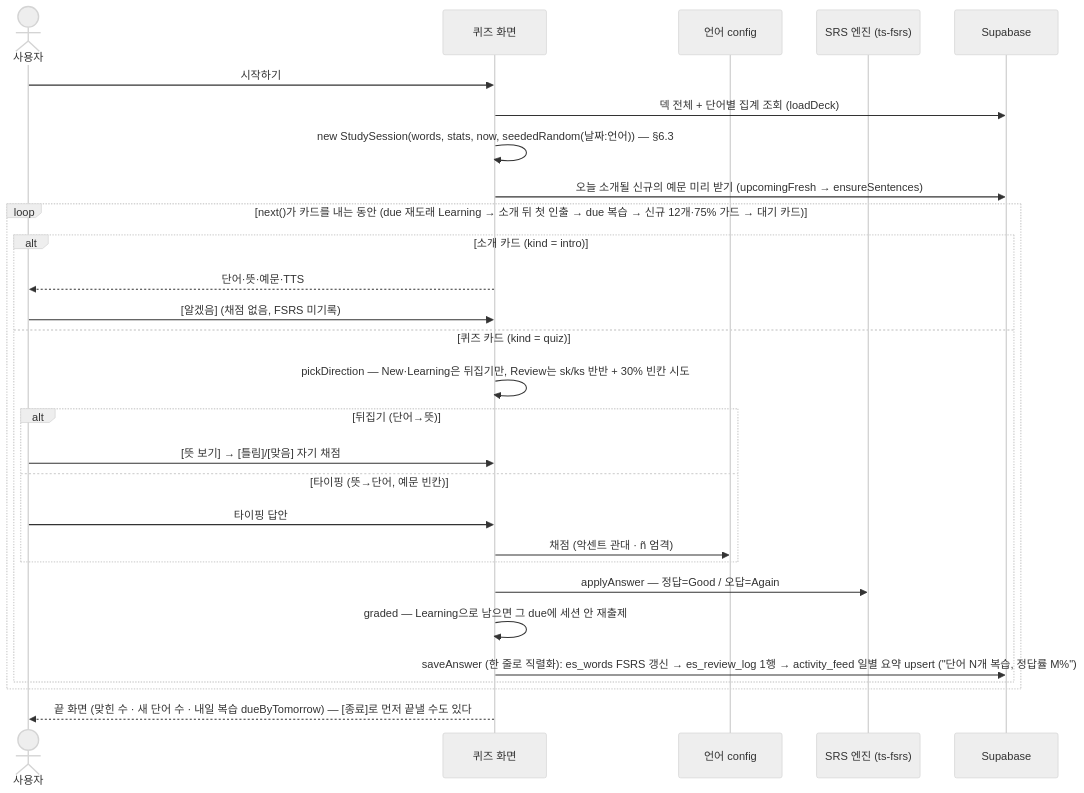
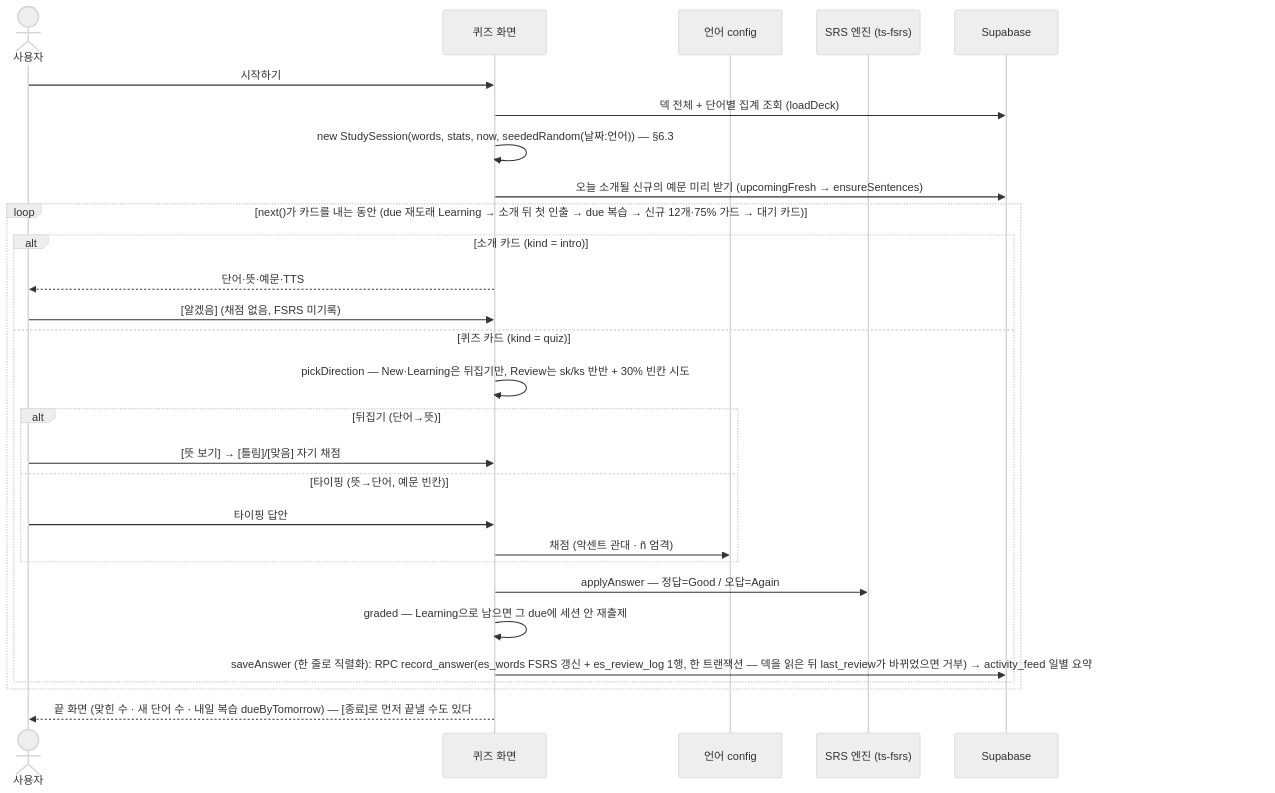
One commit to LeeSongHeon-LSH/LSHobby changed the third of 7 diagrams in docs/14-flows.md. Above: the diagram before and after it, drawn with Mermaid (neutral theme). The commit also changed 40 other files, not shown here.

````diff
--- a/docs/14-flows.md
+++ b/docs/14-flows.md
@@ -45,31 +45,31 @@
 ```mermaid
 sequenceDiagram
     actor U as 사용자
     participant Q as 퀴즈 화면
     participant C as 언어 config
     participant E as SRS 엔진 (ts-fsrs)
     participant DB as Supabase
 
     U->>Q: 시작하기
     Q->>DB: 덱 전체 + 단어별 집계 조회 (loadDeck)
     Q->>Q: new StudySession(words, stats, now, seededRandom(날짜:언어)) — §6.3 #99
     Q->>DB: 오늘 소개될 신규의 예문 미리 받기 (upcomingFresh → ensureSentences)
     loop next()가 카드를 내는 동안 (due 재도래 Learning → 소개 뒤 첫 인출 → due 복습 → 신규 12개·75% 가드 → 대기 카드)
         alt 소개 카드 (kind = intro)
             Q-->>U: 단어·뜻·예문·TTS
             U->>Q: [알겠음] (채점 없음, FSRS 미기록)
         else 퀴즈 카드 (kind = quiz)
             Q->>Q: pickDirection — New·Learning은 뒤집기만, Review는 sk/ks 반반 + 30% 빈칸 시도
             alt 뒤집기 (단어→뜻)
                 U->>Q: [뜻 보기] → [틀림]/[맞음] 자기 채점
             else 타이핑 (뜻→단어, 예문 빈칸)
                 U->>Q: 타이핑 답안
                 Q->>C: 채점 (악센트 관대 · ñ 엄격)
             end
             Q->>E: applyAnswer — 정답=Good / 오답=Again
             Q->>Q: graded — Learning으로 남으면 그 due에 세션 안 재출제
-            Q->>DB: saveAnswer (한 줄로 직렬화): es_words FSRS 갱신 → es_review_log 1행 → activity_feed 일별 요약 upsert ("단어 N개 복습, 정답률 M%")
+            Q->>DB: saveAnswer (한 줄로 직렬화): RPC record_answer(es_words FSRS 갱신 + es_review_log 1행, 한 트랜잭션 — 덱을 읽은 뒤 last_review가 바뀌었으면 거부) → activity_feed 일별 요약 upsert ("단어 N개 복습, 정답률 M%")
         end
     end
     Q-->>U: 끝 화면 (맞힌 수 · 새 단어 수 · 내일 복습 dueByTomorrow) — [종료]로 먼저 끝낼 수도 있다
 ```
````
